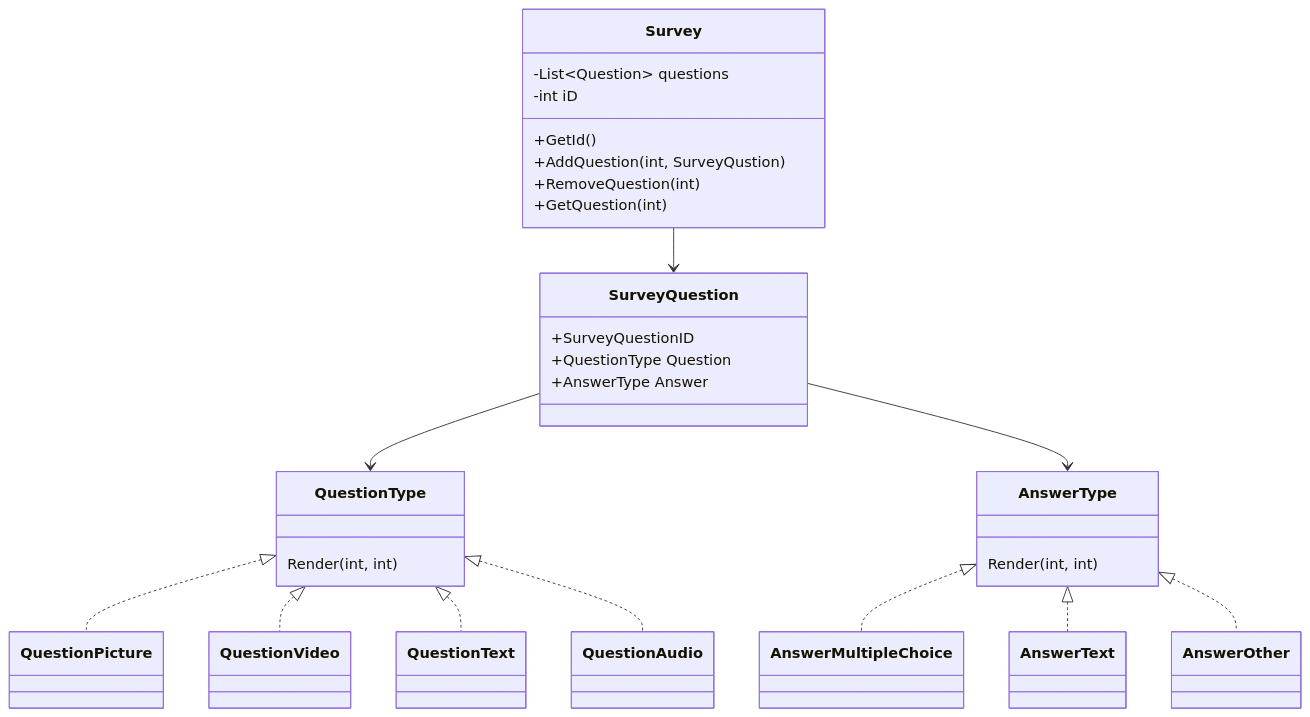
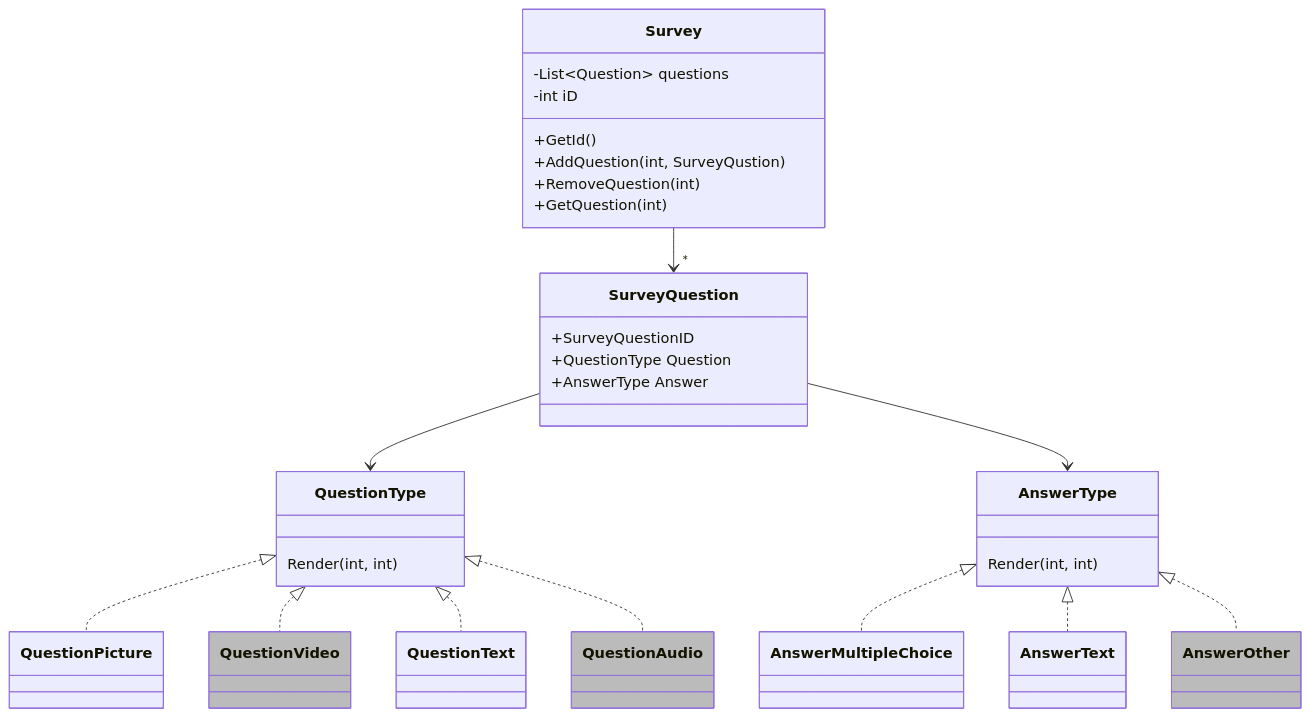
Before and after one commit to jonasreholt/SEA: the diagram in UML/class_diagrams/survey_question_relation.md, drawn with Mermaid. The commit also changed 1 other file, not shown here.

Commit message:
Updated run_experiment and survey_question_relation after talk with Sippo

````diff
--- a/UML/class_diagrams/survey_question_relation.md
+++ b/UML/class_diagrams/survey_question_relation.md
@@ -1,35 +1,42 @@
 ```mermaid
 classDiagram
     class Survey{
         -List~Question~ questions
         -int iD
         +GetId()
         +AddQuestion(int, SurveyQustion)
         +RemoveQuestion(int)
         +GetQuestion(int)
     }
         
     class SurveyQuestion{
         +SurveyQuestionID
         +QuestionType Question
         +AnswerType Answer
     }
 
     class QuestionType{
         Render(int, int) 
     }
     class AnswerType{
         Render(int, int) 
     }
-    Survey --> SurveyQuestion
-    SurveyQuestion --> QuestionType
+    class QuestionVideo
+    style QuestionVideo fill:#bbb
+    class QuestionAudio
+    style QuestionAudio fill:#bbb
+    class AnswerOther
+    style AnswerOther fill: #bbb
+
+    Survey --> "*" SurveyQuestion
+    SurveyQuestion -->  QuestionType
     SurveyQuestion --> AnswerType
     QuestionType <|.. QuestionPicture
-    QuestionType <|.. QuestionVideo
+    QuestionType <|..  QuestionVideo 
     QuestionType <|.. QuestionText
     QuestionType <|.. QuestionAudio
     AnswerType <|.. AnswerMultipleChoice
     AnswerType <|.. AnswerText
     AnswerType <|.. AnswerOther
     
 ```
````
